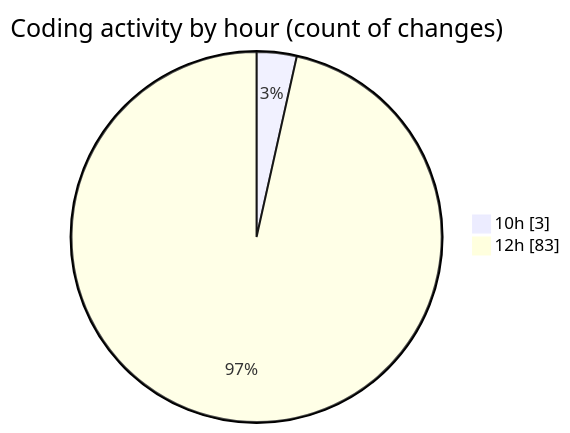
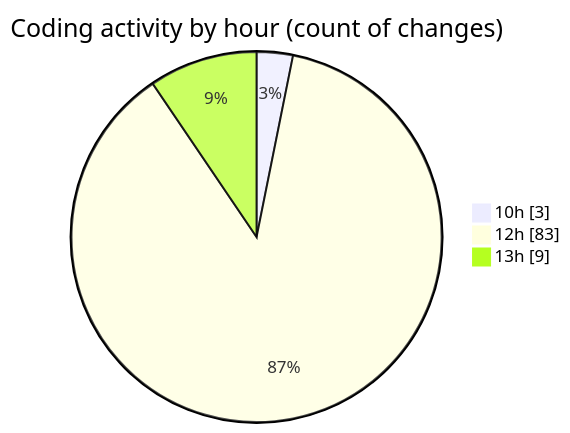
Before and after one commit to nxtqubesakshisongat/code-tracking: the second of 2 diagrams in 2025-05-27/nxtqube_webapp/README.md, drawn with Mermaid. The commit also changed other lines of this file and 1 other file, not shown here.

````diff
--- a/2025-05-27/nxtqube_webapp/README.md
+++ b/2025-05-27/nxtqube_webapp/README.md
@@ -30,6 +30,7 @@
 ```mermaid
 pie showData
 title Coding activity by hour (count of changes)
 "10h" : 3
 "12h" : 83
+"13h" : 9
 ```
````
